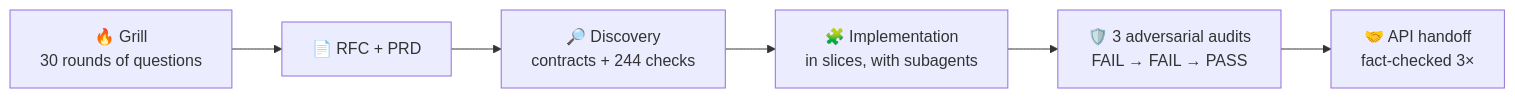
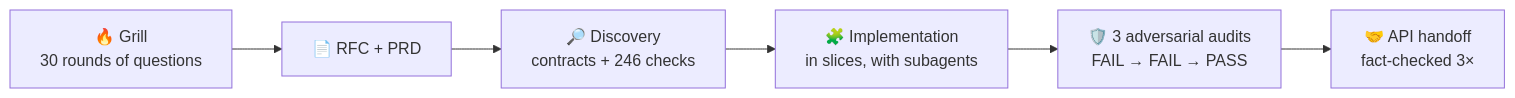
One commit to micaelcf/parcela-mais-case changed the fifth of 6 diagrams in README.en.md. Above: the diagram before and after it, drawn with Mermaid. The commit also changed other lines of this file and 8 other files, not shown here.

````diff
--- a/README.en.md
+++ b/README.en.md
@@ -228,8 +238,8 @@
 ```mermaid
 flowchart LR
     G["🔥 Grill<br/>30 rounds of questions"] --> D["📄 RFC + PRD"]
-    D --> C["🔎 Discovery<br/>contracts + 244 checks"]
+    D --> C["🔎 Discovery<br/>contracts + 246 checks"]
     C --> S["🧩 Implementation<br/>in slices, with subagents"]
     S --> A["🛡️ 3 adversarial audits<br/>FAIL → FAIL → PASS"]
     A --> H["🤝 API handoff<br/>fact-checked 3×"]
 ```
````
